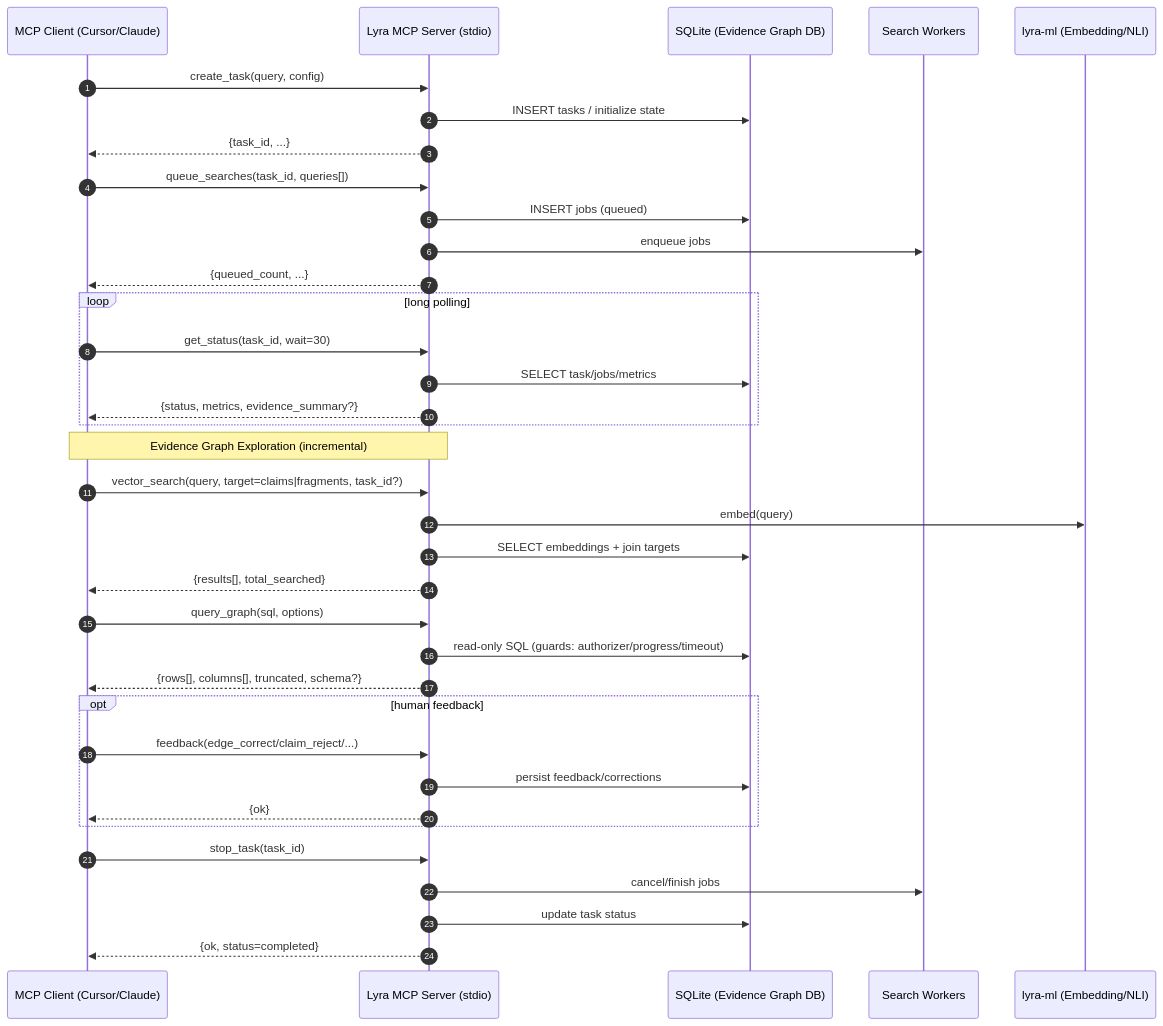
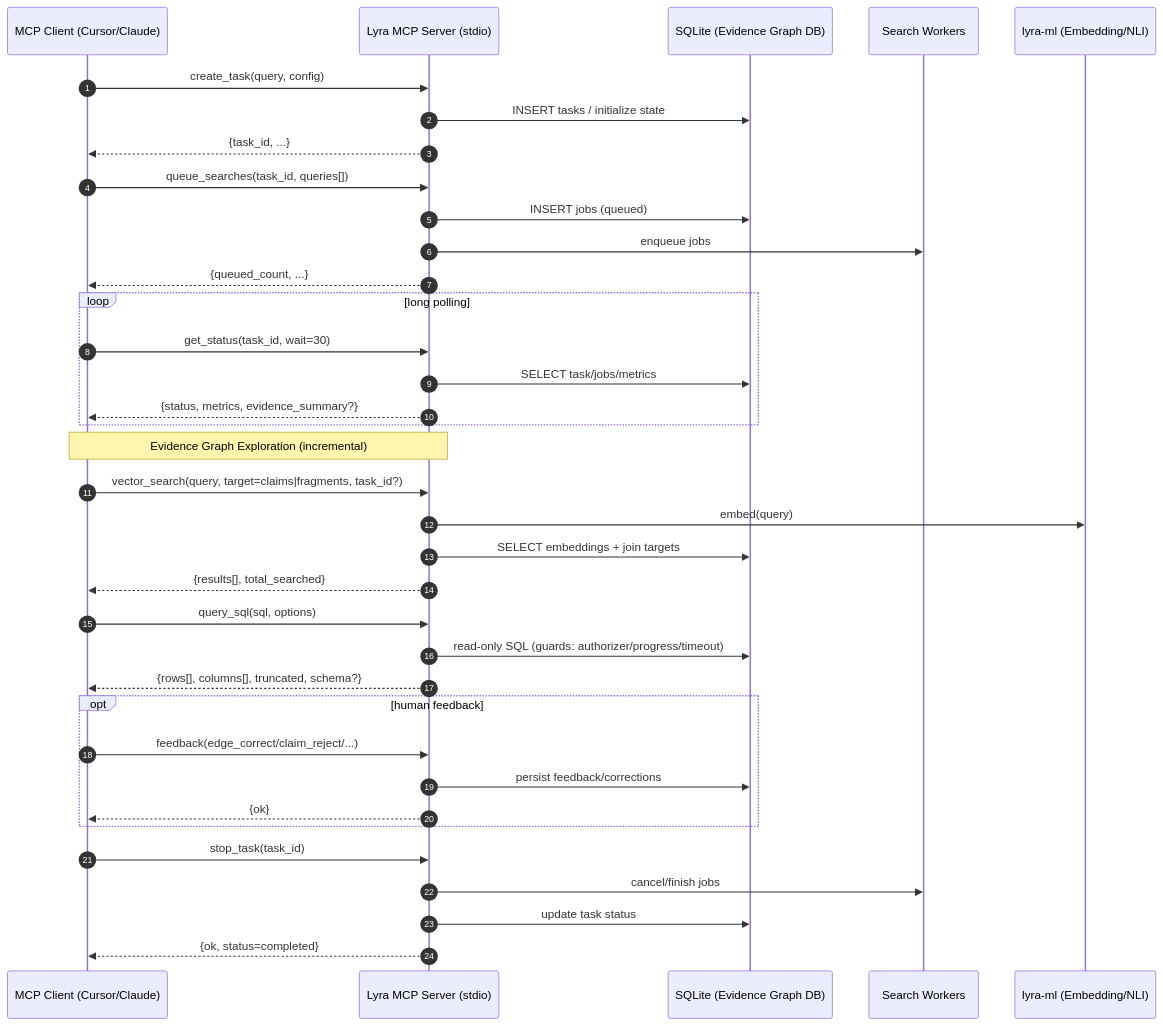
Before and after one commit to k-shibuki/lyra: the diagram in docs/sequences/evidence_graph_exploration.md, drawn with Mermaid. The commit also changed other lines of this file and 44 other files, not shown here.

````diff
--- a/docs/sequences/evidence_graph_exploration.md
+++ b/docs/sequences/evidence_graph_exploration.md
@@ -3,45 +3,45 @@
 ```mermaid
 sequenceDiagram
     autonumber
     participant Client as MCP Client (Cursor/Claude)
     participant MCP as Lyra MCP Server (stdio)
     participant DB as SQLite (Evidence Graph DB)
     participant Worker as Search Workers
     participant ML as lyra-ml (Embedding/NLI)
 
     Client->>MCP: create_task(query, config)
     MCP->>DB: INSERT tasks / initialize state
     MCP-->>Client: {task_id, ...}
 
     Client->>MCP: queue_searches(task_id, queries[])
     MCP->>DB: INSERT jobs (queued)
     MCP->>Worker: enqueue jobs
     MCP-->>Client: {queued_count, ...}
 
     loop long polling
         Client->>MCP: get_status(task_id, wait=30)
         MCP->>DB: SELECT task/jobs/metrics
         MCP-->>Client: {status, metrics, evidence_summary?}
     end
 
     Note over Client,MCP: Evidence Graph Exploration (incremental)
     Client->>MCP: vector_search(query, target=claims|fragments, task_id?)
     MCP->>ML: embed(query)
     MCP->>DB: SELECT embeddings + join targets
     MCP-->>Client: {results[], total_searched}
 
-    Client->>MCP: query_graph(sql, options)
+    Client->>MCP: query_sql(sql, options)
     MCP->>DB: read-only SQL (guards: authorizer/progress/timeout)
     MCP-->>Client: {rows[], columns[], truncated, schema?}
 
     opt human feedback
         Client->>MCP: feedback(edge_correct/claim_reject/...)
         MCP->>DB: persist feedback/corrections
         MCP-->>Client: {ok}
     end
 
     Client->>MCP: stop_task(task_id)
     MCP->>Worker: cancel/finish jobs
     MCP->>DB: update task status
     MCP-->>Client: {ok, status=completed}
 ```
````
